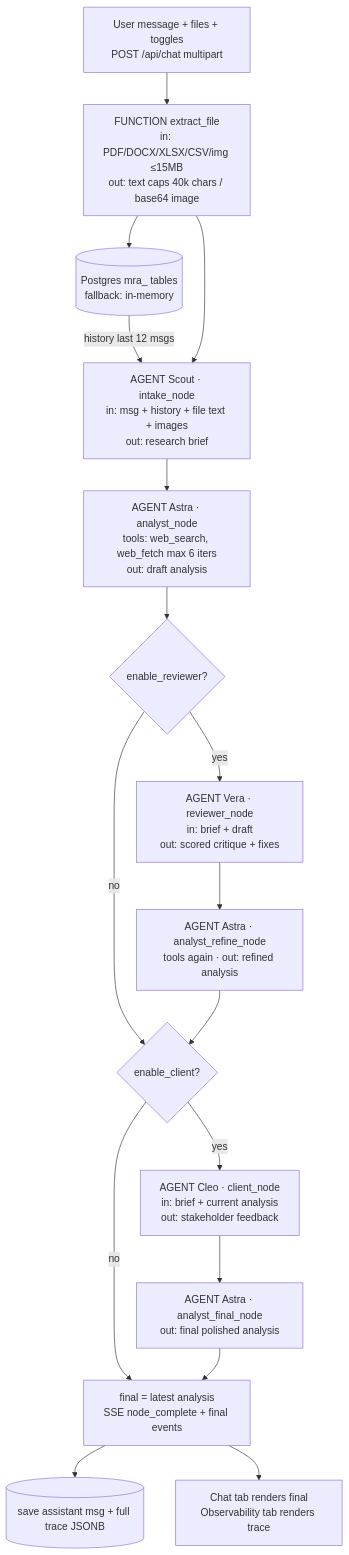
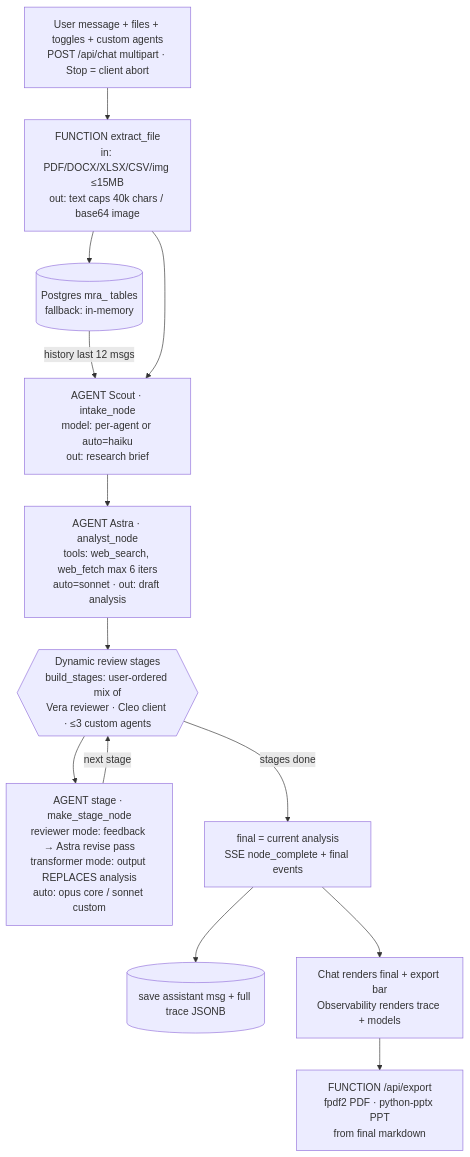
Before and after one commit to APareek89/market-research-agents: the diagram in docs/mermaid/01-agent-flow.mmd, drawn with Mermaid. The commit also changed 17 other files, not shown here.

Commit message:
Dynamic pipeline: custom agents (reviewer/transformer, orderable), sidebar chats, stop button, persistent tabs, per-agent models, PDF/PPT export

```diff
--- a/docs/mermaid/01-agent-flow.mmd
+++ b/docs/mermaid/01-agent-flow.mmd
@@ -1,19 +1,15 @@
 %% granularity: master
-%% files: app/graph.py, app/main.py, app/extract.py, app/tools.py, app/db.py
+%% files: app/graph.py, app/main.py, app/extract.py, app/tools.py, app/db.py, app/export.py
 flowchart TD
-    U[User message + files + toggles<br/>POST /api/chat multipart] --> EX[FUNCTION extract_file<br/>in: PDF/DOCX/XLSX/CSV/img ≤15MB<br/>out: text caps 40k chars / base64 image]
+    U[User message + files + toggles + custom agents<br/>POST /api/chat multipart · Stop = client abort] --> EX[FUNCTION extract_file<br/>in: PDF/DOCX/XLSX/CSV/img ≤15MB<br/>out: text caps 40k chars / base64 image]
     EX --> MEM[(Postgres mra_ tables<br/>fallback: in-memory)]
     MEM -->|history last 12 msgs| A0
-    EX --> A0[AGENT Scout · intake_node<br/>in: msg + history + file text + images<br/>out: research brief]
-    A0 --> A1[AGENT Astra · analyst_node<br/>tools: web_search, web_fetch max 6 iters<br/>out: draft analysis]
-    A1 --> D1{enable_reviewer?}
-    D1 -->|no| D2{enable_client?}
-    D1 -->|yes| A2[AGENT Vera · reviewer_node<br/>in: brief + draft<br/>out: scored critique + fixes]
-    A2 --> A1R[AGENT Astra · analyst_refine_node<br/>tools again · out: refined analysis]
-    A1R --> D2
-    D2 -->|no| FIN[final = latest analysis<br/>SSE node_complete + final events]
-    D2 -->|yes| A3[AGENT Cleo · client_node<br/>in: brief + current analysis<br/>out: stakeholder feedback]
-    A3 --> A1F[AGENT Astra · analyst_final_node<br/>out: final polished analysis]
-    A1F --> FIN
+    EX --> A0[AGENT Scout · intake_node<br/>model: per-agent or auto=haiku<br/>out: research brief]
+    A0 --> A1[AGENT Astra · analyst_node<br/>tools: web_search, web_fetch max 6 iters<br/>auto=sonnet · out: draft analysis]
+    A1 --> ST{{Dynamic review stages<br/>build_stages: user-ordered mix of<br/>Vera reviewer · Cleo client · ≤3 custom agents}}
+    ST --> SG[AGENT stage · make_stage_node<br/>reviewer mode: feedback → Astra revise pass<br/>transformer mode: output REPLACES analysis<br/>auto: opus core / sonnet custom]
+    SG -->|next stage| ST
+    ST -->|stages done| FIN[final = current analysis<br/>SSE node_complete + final events]
     FIN --> MEM2[(save assistant msg + full trace JSONB)]
-    FIN --> UI[Chat tab renders final<br/>Observability tab renders trace]
+    FIN --> UI[Chat renders final + export bar<br/>Observability renders trace + models]
+    UI --> XP[FUNCTION /api/export<br/>fpdf2 PDF · python-pptx PPT<br/>from final markdown]
```
